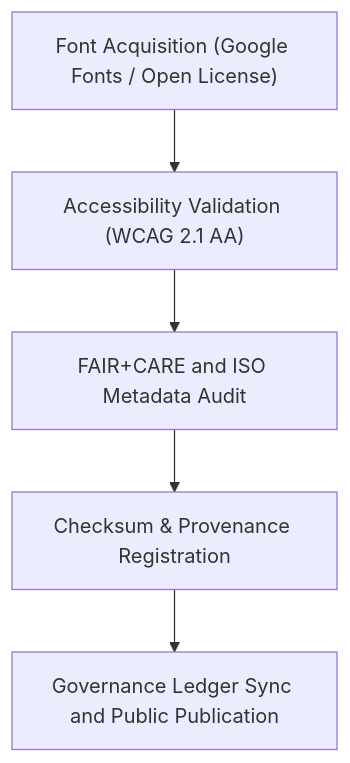
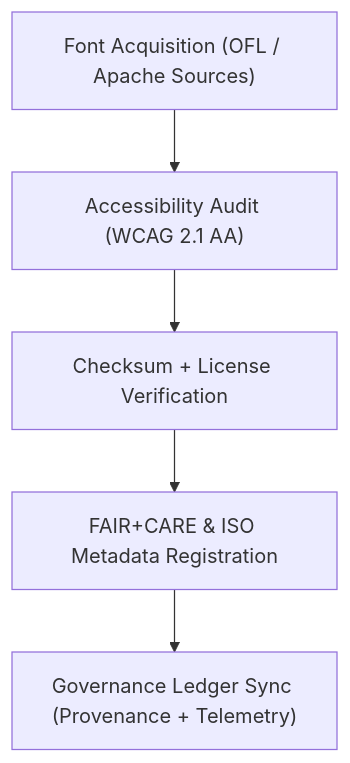
The diagram in web/public/fonts/README.md (bartytime4life/Kansas-Frontier-Matrix), drawn with Mermaid before and after one commit. The commit also changed other lines of this file, not shown here.

````diff
--- a/web/public/fonts/README.md
+++ b/web/public/fonts/README.md
@@ -75,7 +67,7 @@
 ```mermaid
 flowchart TD
-    A["Font Acquisition (Google Fonts / Open License)"] --> B["Accessibility Validation (WCAG 2.1 AA)"]
-    B --> C["FAIR+CARE and ISO Metadata Audit"]
-    C --> D["Checksum & Provenance Registration"]
-    D --> E["Governance Ledger Sync and Public Publication"]
+A["Font Acquisition (OFL / Apache Sources)"] --> B["Accessibility Audit (WCAG 2.1 AA)"]
+B --> C["Checksum + License Verification"]
+C --> D["FAIR+CARE & ISO Metadata Registration"]
+D --> E["Governance Ledger Sync (Provenance + Telemetry)"]
 ```
````
